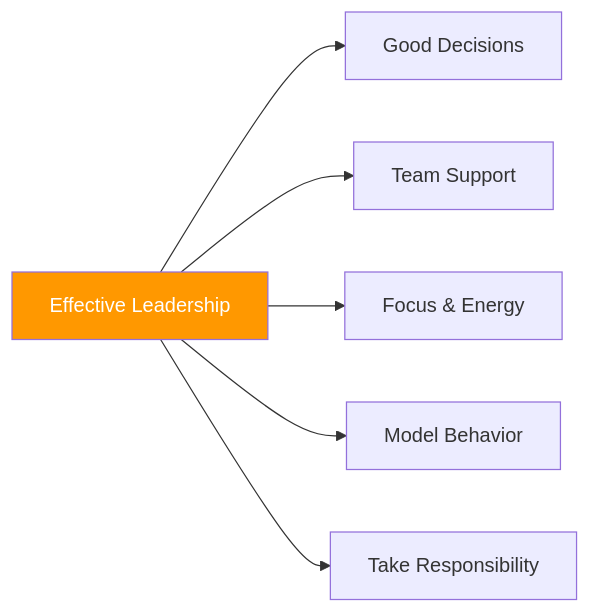
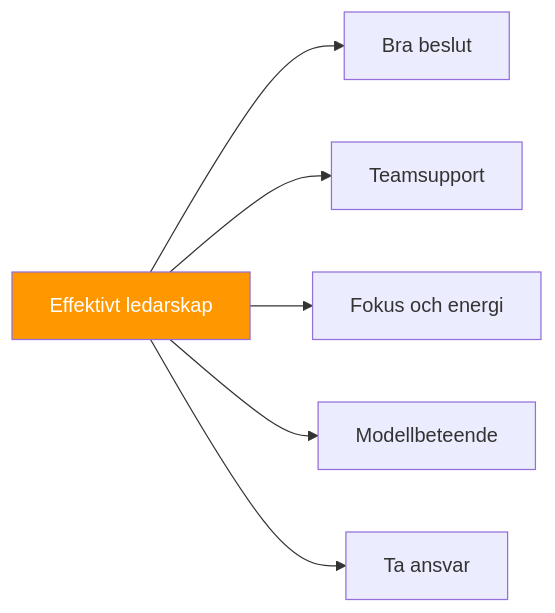
Before and after one commit to patwii/petanque-academy: the diagram in docs/sv/articles/team-leadership.md, drawn with Mermaid. The commit also changed other lines of this file and 550 other files, not shown here.

````diff
--- a/docs/sv/articles/team-leadership.md
+++ b/docs/sv/articles/team-leadership.md
@@ -20,10 +20,10 @@
 ```mermaid
 flowchart LR
-    A[Effective Leadership] --> B[Good Decisions]
-    A --> C[Team Support]
-    A --> D[Focus & Energy]
-    A --> E[Model Behavior]
-    A --> F[Take Responsibility]
+    A[Effektivt ledarskap] --> B[Bra beslut]
+    A --> C[Teamsupport]
+    A --> D[Fokus och energi]
+    A --> E[Modellbeteende]
+    A --> F[Ta ansvar]
 
     style A fill:#FF9800,color:#fff
 ```
````
